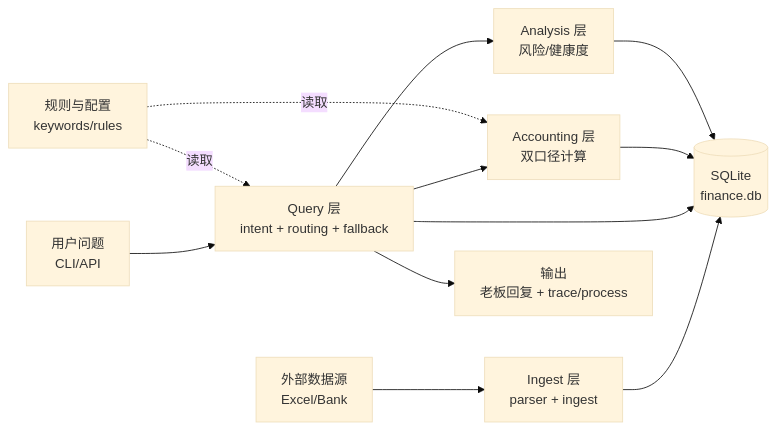
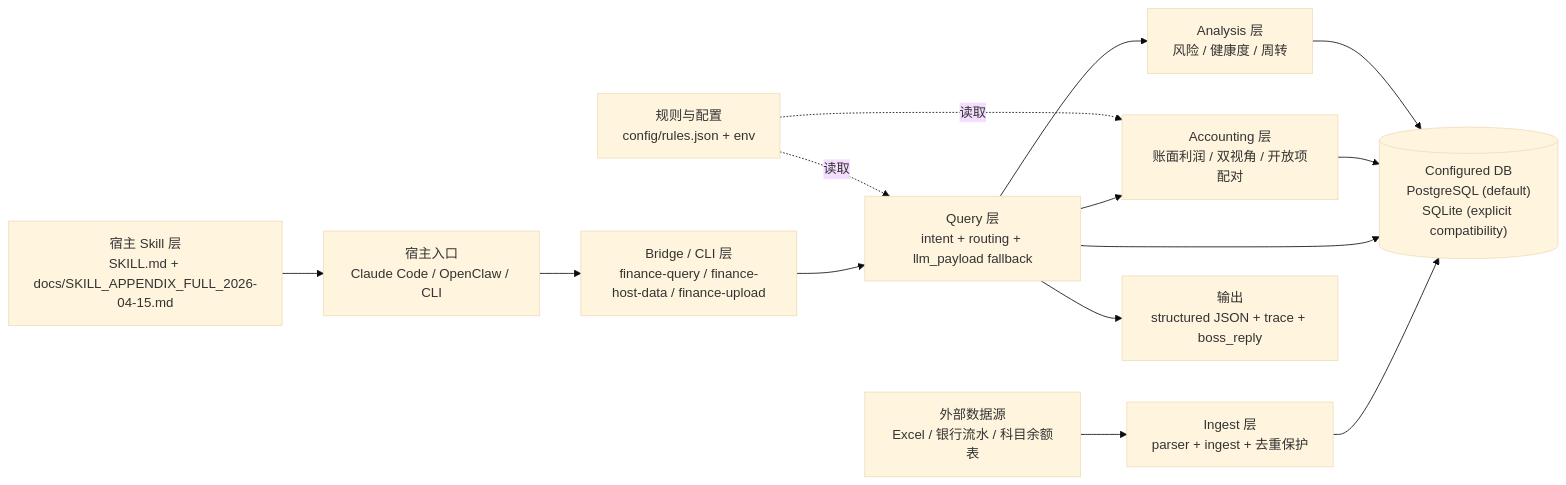
The diagram in docs/architecture/01-layered-architecture.md (Asklear/finance_qa), drawn with Mermaid (base theme) before and after one commit. The commit also changed other lines of this file and 11 other files, not shown here.

Commit message:
docs: align skill contracts and OpenClaw packaging

````diff
--- a/docs/architecture/01-layered-architecture.md
+++ b/docs/architecture/01-layered-architecture.md
@@ -3,17 +3,20 @@
 ```mermaid
 flowchart LR
-    A["外部数据源<br/>Excel/Bank"] --> B["Ingest 层<br/>parser + ingest"]
-    B --> C[("SQLite<br/>finance.db")]
+    A["外部数据源<br/>Excel / 银行流水 / 科目余额表"] --> B["Ingest 层<br/>parser + ingest + 去重保护"]
+    B --> C[("Configured DB<br/>PostgreSQL (default)<br/>SQLite (explicit compatibility)")]
 
-    U["用户问题<br/>CLI/API"] --> Q["Query 层<br/>intent + routing + fallback"]
-    Q --> ACC["Accounting 层<br/>双口径计算"]
-    Q --> ANA["Analysis 层<br/>风险/健康度"]
+    S["宿主 Skill 层<br/>SKILL.md + docs/SKILL_APPENDIX_FULL_2026-04-15.md"] --> H["宿主入口<br/>Claude Code / OpenClaw / CLI"]
+    H --> BR["Bridge / CLI 层<br/>finance-query / finance-host-data / finance-upload"]
+    BR --> Q["Query 层<br/>intent + routing + llm_payload fallback"]
+
+    Q --> ACC["Accounting 层<br/>账面利润 / 双视角 / 开放项配对"]
+    Q --> ANA["Analysis 层<br/>风险 / 健康度 / 周转"]
     Q --> C
     ACC --> C
     ANA --> C
 
-    CFG["规则与配置<br/>keywords/rules"] -.读取.-> Q
+    CFG["规则与配置<br/>config/rules.json + env"] -.读取.-> Q
     CFG -.读取.-> ACC
 
-    Q --> O["输出<br/>老板回复 + trace/process"]
+    Q --> O["输出<br/>structured JSON + trace + boss_reply"]
 ```
````
